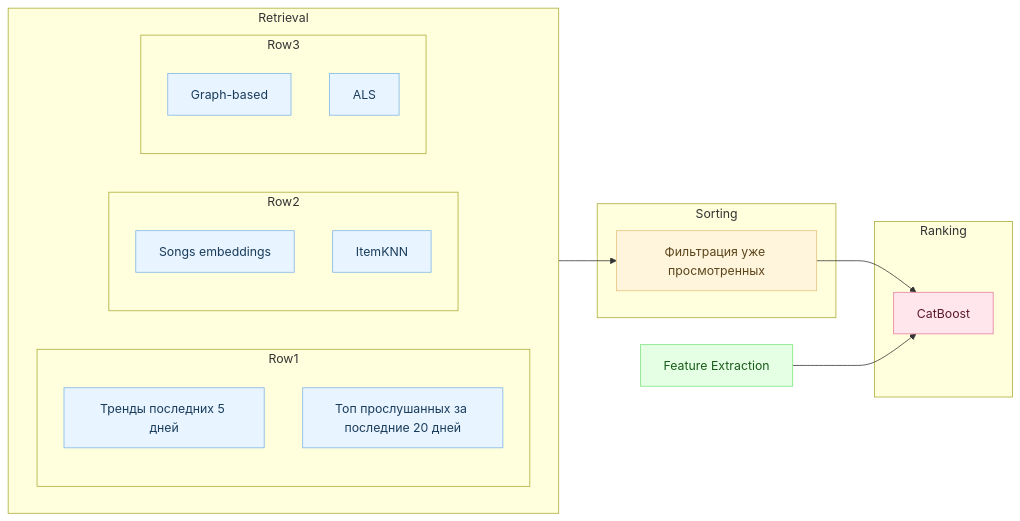
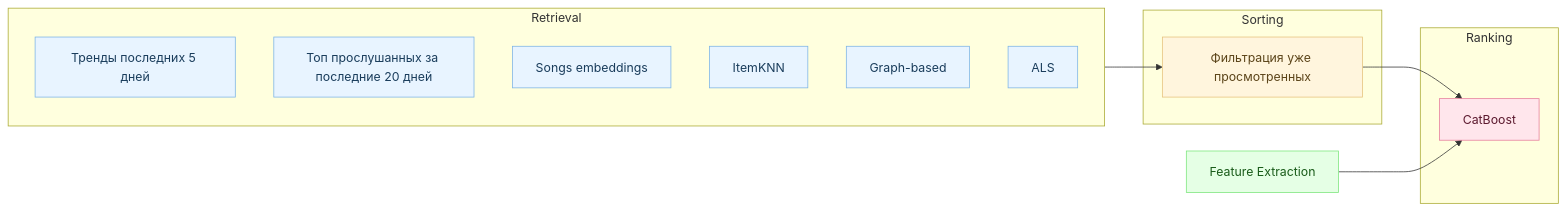
Before and after one commit to Nastasy822/music-recommendation-experiments: the second of 2 diagrams in README.md, drawn with Mermaid.

Commit message:
docs: add diagram of preprocessing

````diff
--- a/README.md
+++ b/README.md
@@ -237,54 +237,52 @@
 ```mermaid
 flowchart LR
 
     %% === Блоки пайплайна ===
     subgraph RETRIEVAL ["Retrieval"]
         direction LR
 
-        subgraph Row1
-            direction TB
-            PopAll["Тренды последних 5 дней"]
-            PopUser["Топ прослушанных за последние 20 дней"]
-        end
 
-        subgraph Row2
-            direction TB
-            SIM["Songs embeddings"]
-            ITEMKNN["ItemKNN"]
-        end
+        direction TB
+        PopAll["Тренды последних 5 дней"]
+        PopUser["Топ прослушанных за последние 20 дней"]
 
-        subgraph Row3
-            direction TB
-            GRAPH["Graph-based"]
-            ALS["ALS"]
-        end
+
+    
+        direction TB
+        SIM["Songs embeddings"]
+        ITEMKNN["ItemKNN"]
+
+        direction TB
+        GRAPH["Graph-based"]
+        ALS["ALS"]
+
     end
 
     subgraph SORTING ["Sorting"]
         FILTER["Фильтрация уже просмотренных"]
     end
 
     subgraph RANKING ["Ranking"]
         RANK["CatBoost"]
     end
 
     %% === Отдельный нижний блок Feature Extraction ===
     FEATS["Feature Extraction"]
 
     %% === Потоки данных ===
     RETRIEVAL --> FILTER
     FILTER --> RANK
     FEATS --> RANK
 
     %% === Цветовые стили ===
     classDef retrieval fill:#e8f4ff,stroke:#7db4e6,color:#1a3d5c;
     classDef sorting fill:#fff5dd,stroke:#e6c27d,color:#5c451a;
     classDef ranking fill:#ffe6ec,stroke:#e67d9c,color:#5c1a2f;
     classDef features fill:#e5ffe5,stroke:#7de67d,color:#1a5c1a;
 
     class PopAll,PopUser,SIM,ALS,ITEMKNN,GRAPH retrieval;
     class FILTER sorting;
     class RANK ranking;
     class FEATS features;
 
 ```
````
